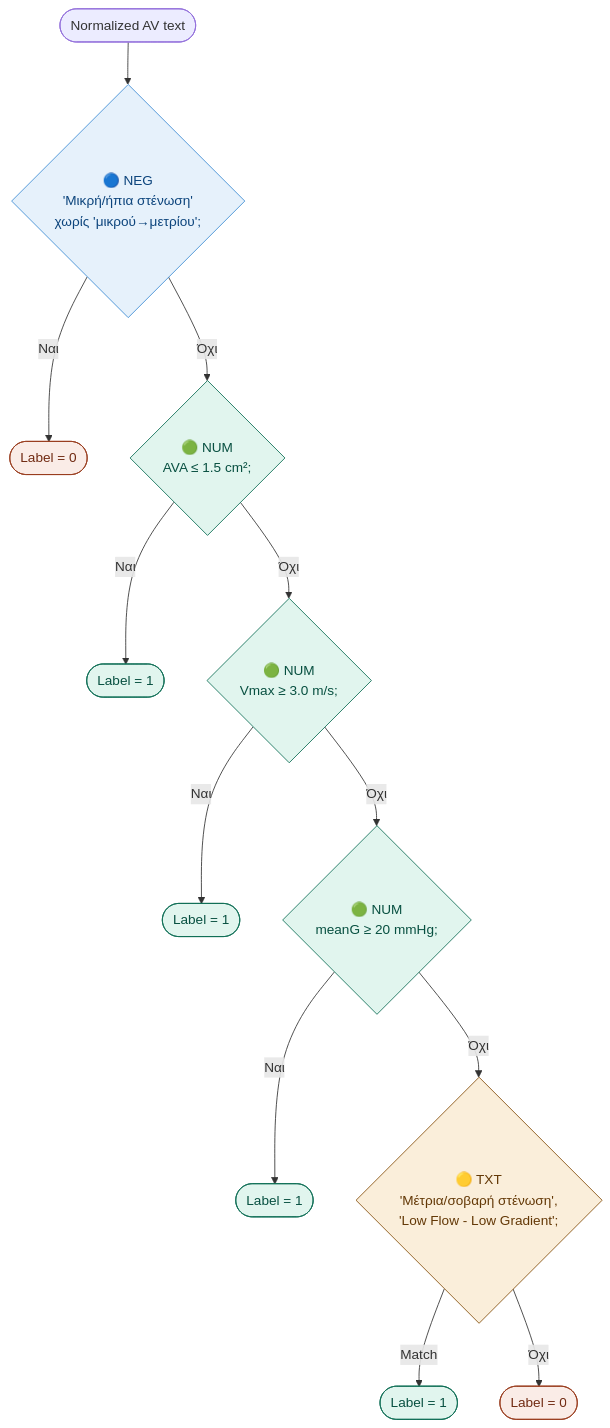
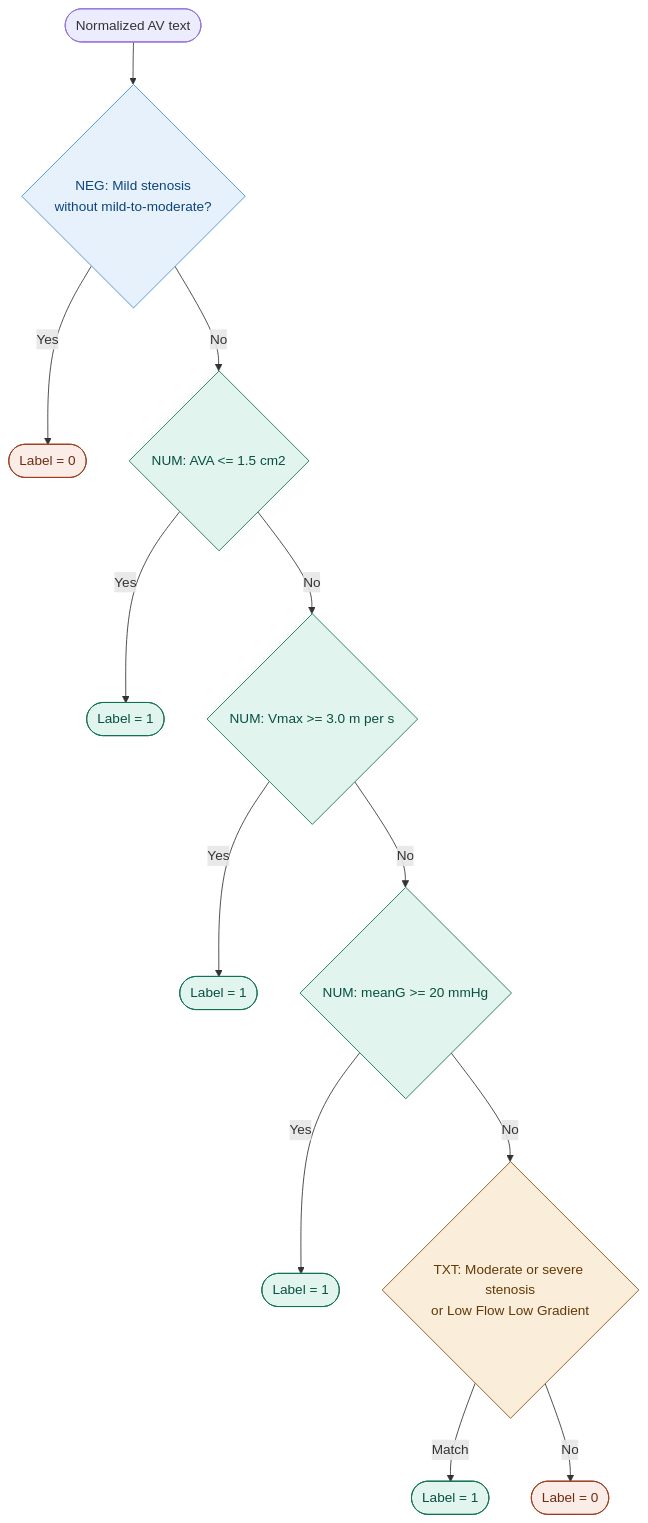
Before and after one commit to evatsioumani/Echo: diagram 12 of 17 in BINARY_EXTRACTION.md, drawn with Mermaid. The commit also changed other lines of this file, not shown here.

````diff
--- a/BINARY_EXTRACTION.md
+++ b/BINARY_EXTRACTION.md
@@ -294,26 +296,26 @@
 ```mermaid
 flowchart TD
-    A([Normalized AV text]) --> B{🔵 NEG\n'Μικρή/ήπια στένωση'\nχωρίς 'μικρού→μετρίου';}
-    B -->|Ναι| Z0([Label = 0])
-    B -->|Όχι| C{🟢 NUM\nAVA ≤ 1.5 cm²;}
-    C -->|Ναι| Z1([Label = 1])
-    C -->|Όχι| D{🟢 NUM\nVmax ≥ 3.0 m/s;}
-    D -->|Ναι| Z1b([Label = 1])
-    D -->|Όχι| E{🟢 NUM\nmeanG ≥ 20 mmHg;}
-    E -->|Ναι| Z1c([Label = 1])
-    E -->|Όχι| F{🟡 TXT\n'Μέτρια/σοβαρή στένωση',\n'Low Flow - Low Gradient';}
+    A([Normalized AV text]) --> B{NEG: Mild stenosis\nwithout mild-to-moderate?}
+    B -->|Yes| Z0([Label = 0])
+    B -->|No| C{NUM: AVA <= 1.5 cm2}
+    C -->|Yes| Z1([Label = 1])
+    C -->|No| D{NUM: Vmax >= 3.0 m per s}
+    D -->|Yes| Z1b([Label = 1])
+    D -->|No| E{NUM: meanG >= 20 mmHg}
+    E -->|Yes| Z1c([Label = 1])
+    E -->|No| F{TXT: Moderate or severe stenosis\nor Low Flow Low Gradient}
     F -->|Match| Z1d([Label = 1])
-    F -->|Όχι| Z0b([Label = 0])
+    F -->|No| Z0b([Label = 0])
 
     style Z0 fill:#FAECE7,stroke:#993C1D,color:#712B13
     style Z0b fill:#FAECE7,stroke:#993C1D,color:#712B13
     style Z1 fill:#E1F5EE,stroke:#0F6E56,color:#085041
     style Z1b fill:#E1F5EE,stroke:#0F6E56,color:#085041
     style Z1c fill:#E1F5EE,stroke:#0F6E56,color:#085041
     style Z1d fill:#E1F5EE,stroke:#0F6E56,color:#085041
     style B fill:#E6F1FB,stroke:#3B8BD4,color:#0C447C
     style C fill:#E1F5EE,stroke:#0F6E56,color:#085041
     style D fill:#E1F5EE,stroke:#0F6E56,color:#085041
     style E fill:#E1F5EE,stroke:#0F6E56,color:#085041
     style F fill:#FAEEDA,stroke:#854F0B,color:#633806
 ```
````
